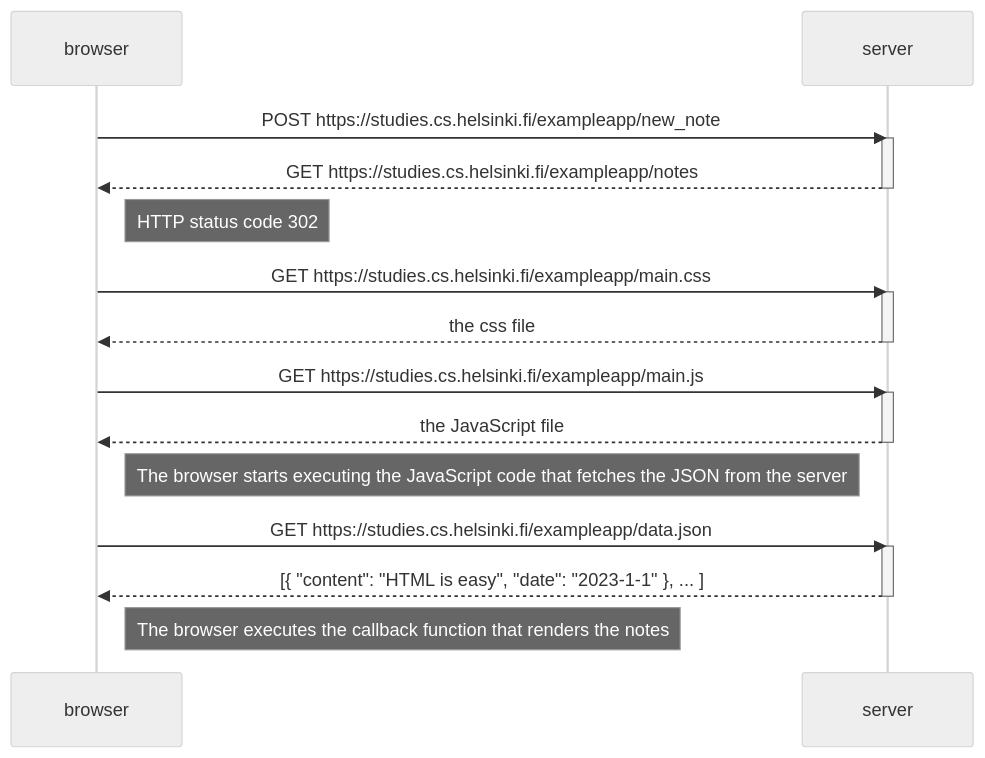
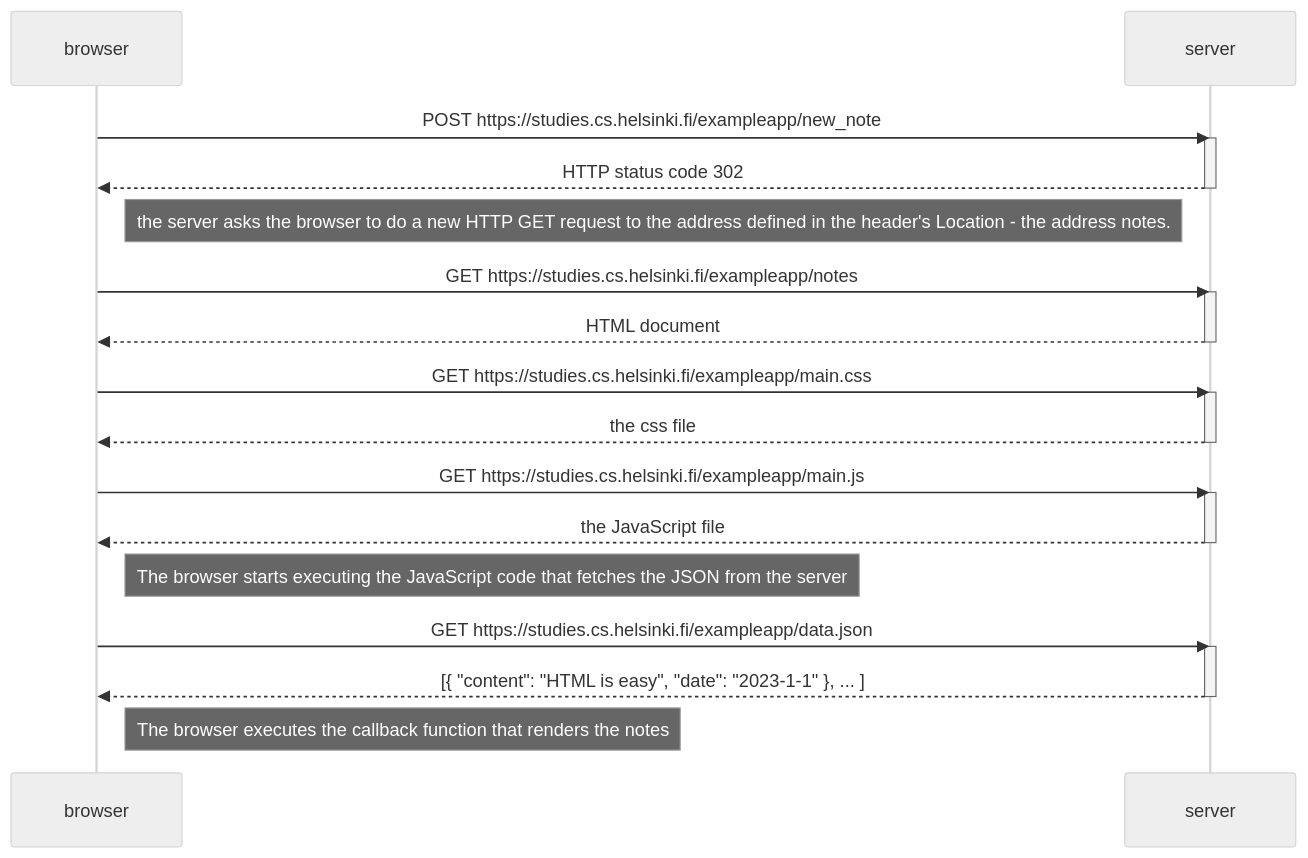
One commit to Eskandar011/helo_git changed the diagram in README.md. Above: the diagram before and after it, drawn with Mermaid (neutral theme).

````diff
--- a/README.md
+++ b/README.md
@@ -3,31 +3,35 @@
 ```mermaid
 sequenceDiagram
     participant browser
     participant server
 
     browser->>server: POST https://studies.cs.helsinki.fi/exampleapp/new_note
     activate server
-    server-->>browser: GET https://studies.cs.helsinki.fi/exampleapp/notes
+    server-->>browser: HTTP status code 302
+    deactivate server
+    Note right of browser: the server asks the browser to do a new HTTP GET request to the address defined in the header's Location - the address notes.
+ 
+    browser->>server: GET https://studies.cs.helsinki.fi/exampleapp/notes
+    activate server
+    server-->>browser: HTML document
     deactivate server
 
-    Note right of browser: HTTP status code 302
-    
     browser->>server: GET https://studies.cs.helsinki.fi/exampleapp/main.css
     activate server
     server-->>browser: the css file
     deactivate server
 
     browser->>server: GET https://studies.cs.helsinki.fi/exampleapp/main.js
     activate server
     server-->>browser: the JavaScript file
     deactivate server
 
     Note right of browser: The browser starts executing the JavaScript code that fetches the JSON from the server
 
     browser->>server: GET https://studies.cs.helsinki.fi/exampleapp/data.json
     activate server
     server-->>browser: [{ "content": "HTML is easy", "date": "2023-1-1" }, ... ]
     deactivate server
 
     Note right of browser: The browser executes the callback function that renders the notes
 ```
````
